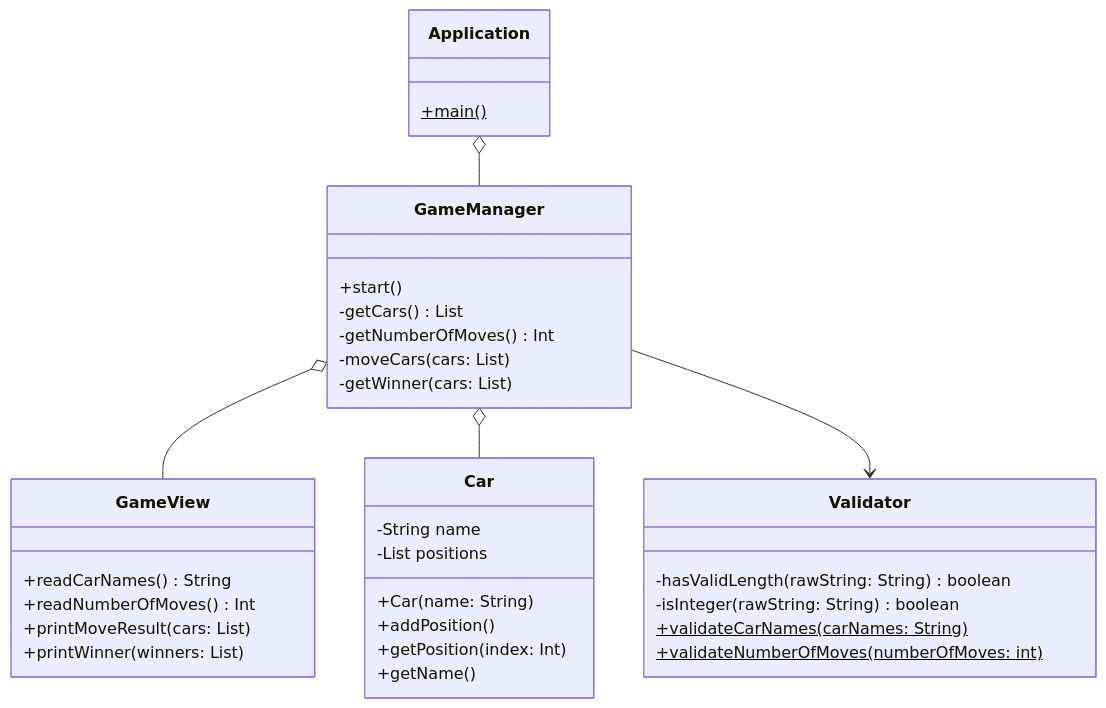
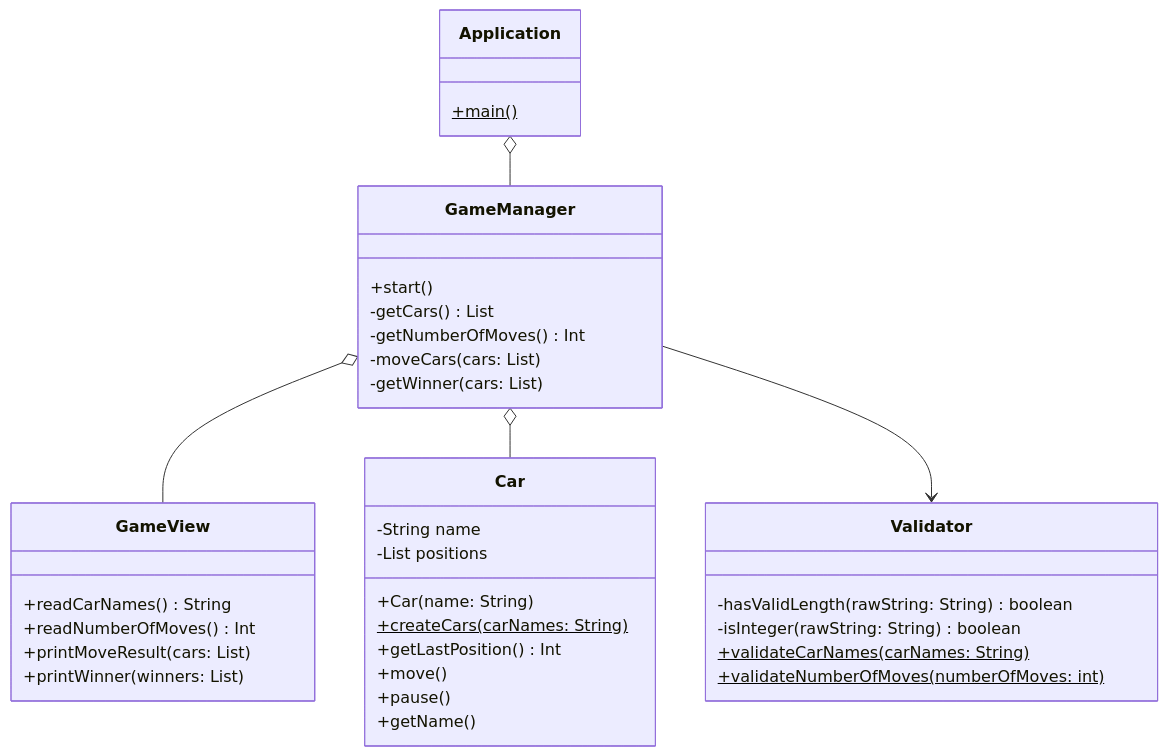
The second of 3 diagrams in docs/README.md (woowacourse-precourse/java-racingcar-6), drawn with Mermaid before and after one commit. The commit also changed other lines of this file, not shown here.

Commit message:
docs: modifying about Car Class and Sequence diagram

````diff
--- a/docs/README.md
+++ b/docs/README.md
@@ -64,38 +64,40 @@
 ```mermaid
 classDiagram
   Application o-- GameManager
   GameManager o-- GameView
   GameManager o-- Car
   GameManager --> Validator
   class Car{
     -String name
     -List<Integer> positions
     +Car(name: String)
-    +addPosition()
-    +getPosition(index: Int)
+    +createCars(carNames: String)$
+    +getLastPosition() Int
+    +move()
+    +pause()
     +getName()
   }
   class GameManager{
     +start()
     -getCars() List<Car>
     -getNumberOfMoves() Int
     -moveCars(cars: List<Car>)
     -getWinner(cars: List<Car>)
   }
   class GameView{
     +readCarNames() String
     +readNumberOfMoves() Int
     +printMoveResult(cars: List<Car>)
     +printWinner(winners: List<Car>)
   }
   class Validator{
     -hasValidLength(rawString: String) boolean
     -isInteger(rawString: String) boolean
     +validateCarNames(carNames: String)$
     +validateNumberOfMoves(numberOfMoves: int)$
   }
   class Application{
     +main()$
   }
 
 ```
````
